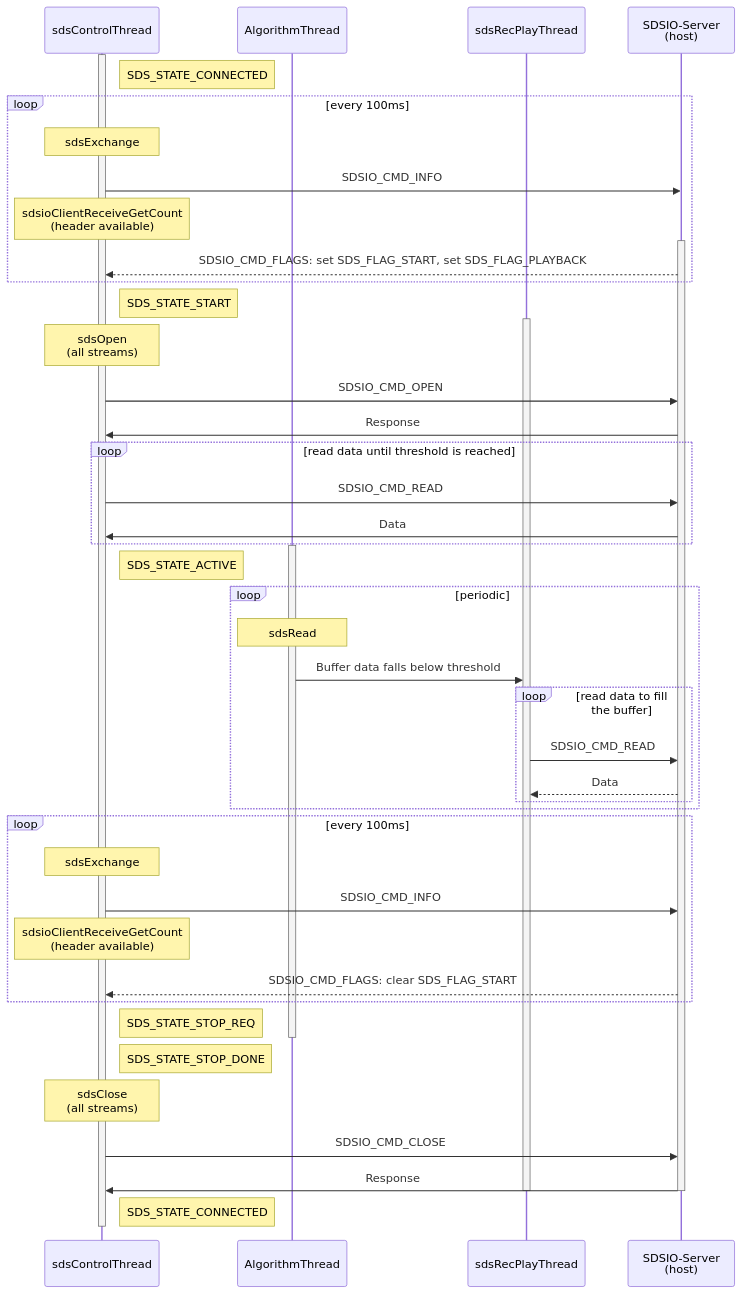
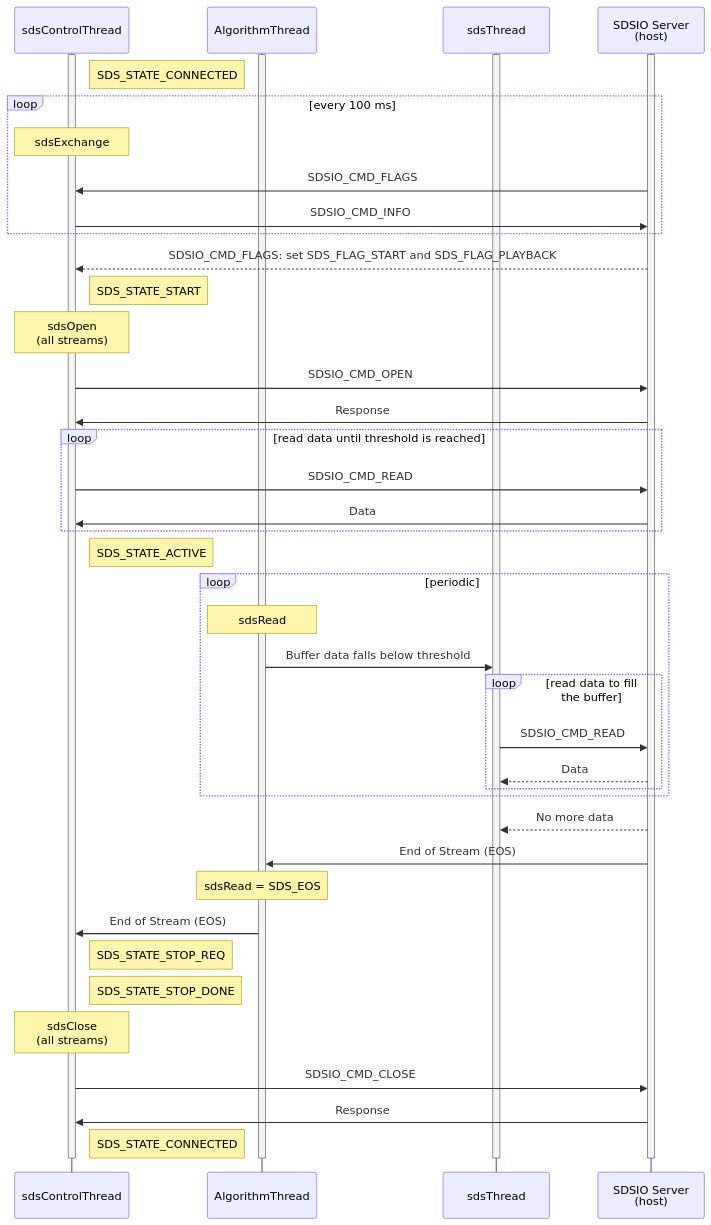
The fifth of 5 diagrams in documentation/theory.md (ARM-software/SDS-Framework), drawn with Mermaid before and after one commit. The commit also changed other lines of this file, not shown here.

````diff
--- a/documentation/theory.md
+++ b/documentation/theory.md
@@ -602,66 +636,61 @@
 ```mermaid
 sequenceDiagram
     participant sdsControlThread
     activate sdsControlThread
-
     participant AlgorithmThread
-    participant SDSIO as sdsRecPlayThread
-    participant Server as SDSIO-Server<br/>(host)
+    activate AlgorithmThread
+    participant SDSIO as sdsThread
+    activate SDSIO
+    participant Server as SDSIO Server<br/>(host)
+    activate Server
 
     Note right of sdsControlThread: SDS_STATE_CONNECTED 
 
-    loop every 100ms
+    loop every 100 ms
       Note over sdsControlThread: sdsExchange
+      Server->>sdsControlThread: SDSIO_CMD_FLAGS
       sdsControlThread->>Server: SDSIO_CMD_INFO
-      Note over sdsControlThread: sdsioClientReceiveGetCount<br/>(header available) 
-    activate Server
-      Server-->>sdsControlThread: SDSIO_CMD_FLAGS: set SDS_FLAG_START, set SDS_FLAG_PLAYBACK  
     end
 
+    Server-->>sdsControlThread: SDSIO_CMD_FLAGS: set SDS_FLAG_START and SDS_FLAG_PLAYBACK
     Note right of sdsControlThread: SDS_STATE_START
-
-    activate SDSIO
 
     Note over sdsControlThread: sdsOpen<br/>(all streams)
     sdsControlThread->>Server: SDSIO_CMD_OPEN
     Server->>sdsControlThread: Response
 
     loop read data until threshold is reached
         sdsControlThread->>Server: SDSIO_CMD_READ
         Server->>sdsControlThread: Data
     end
   
-    activate AlgorithmThread
-
     Note right of sdsControlThread: SDS_STATE_ACTIVE
 
     loop periodic
         Note over AlgorithmThread: sdsRead
         AlgorithmThread->>SDSIO: Buffer data falls below threshold
         loop read data to fill the buffer
             SDSIO->>Server: SDSIO_CMD_READ
             Server-->>SDSIO: Data
         end
     end
 
-    loop every 100ms
-      Note over sdsControlThread: sdsExchange
-      sdsControlThread->>Server: SDSIO_CMD_INFO
-      Note over sdsControlThread: sdsioClientReceiveGetCount<br/>(header available) 
-      Server-->>sdsControlThread: SDSIO_CMD_FLAGS: clear SDS_FLAG_START
-    end
+    Server-->>SDSIO: No more data
 
+    Server->>AlgorithmThread: End of Stream (EOS)
+    Note over AlgorithmThread: sdsRead = SDS_EOS
+
+    AlgorithmThread->>sdsControlThread: End of Stream (EOS)
     Note right of sdsControlThread: SDS_STATE_STOP_REQ
-
-    deactivate AlgorithmThread
     Note right of sdsControlThread: SDS_STATE_STOP_DONE
 
     Note over sdsControlThread: sdsClose<br/>(all streams)
     sdsControlThread->>Server: SDSIO_CMD_CLOSE
     Server->>sdsControlThread: Response
+    Note right of sdsControlThread: SDS_STATE_CONNECTED
+
+    deactivate sdsControlThread
+    deactivate AlgorithmThread
     deactivate SDSIO
     deactivate Server
-
-    Note right of sdsControlThread: SDS_STATE_CONNECTED
-    deactivate sdsControlThread
 ```
````
